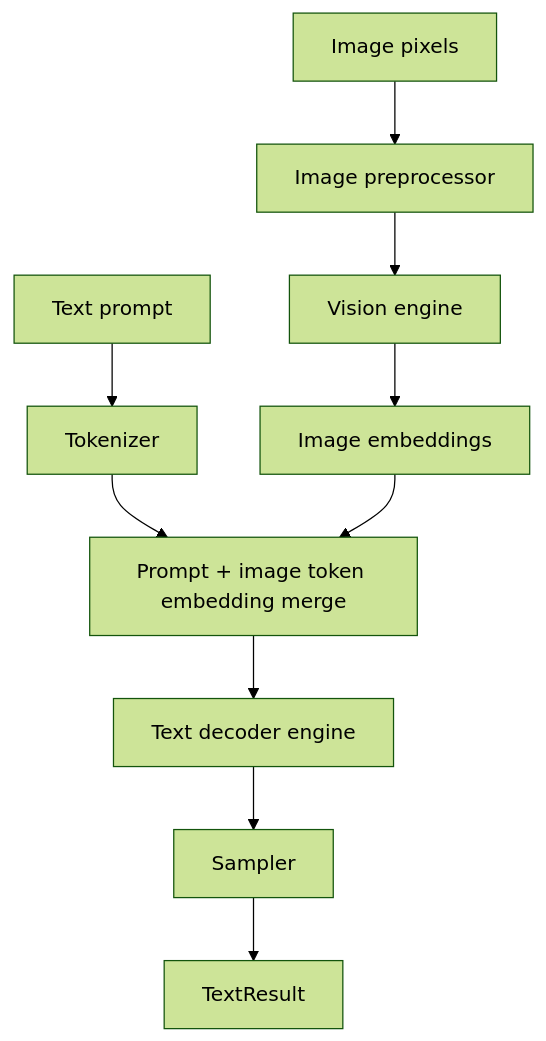
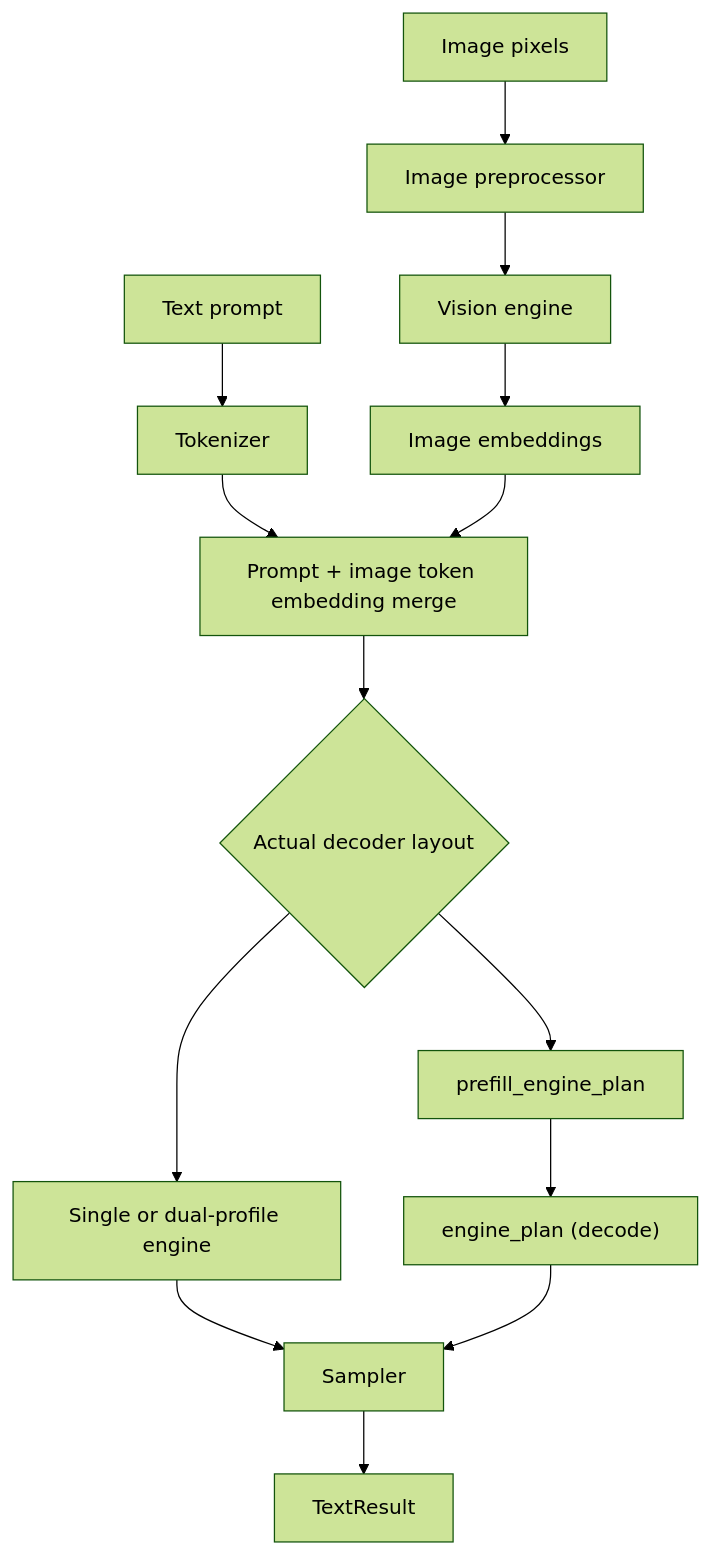
The second of 5 diagrams in website/docs/tutorials/intermediate/multimodal-and-speech.md (NVIDIA/TensorRT-Model-Connect), drawn with Mermaid (forest theme) before and after one commit. The commit also changed other lines of this file and 86 other files, not shown here.

````diff
--- a/website/docs/tutorials/intermediate/multimodal-and-speech.md
+++ b/website/docs/tutorials/intermediate/multimodal-and-speech.md
@@ -54,12 +97,16 @@
 ```mermaid
 flowchart TD
   Prompt["Text prompt"] --> Tok["Tokenizer"]
   Image["Image pixels"] --> Preprocess["Image preprocessor"]
   Preprocess --> Vision["Vision engine"]
   Vision --> Embeds["Image embeddings"]
   Tok --> Merge["Prompt + image token embedding merge"]
   Embeds --> Merge
-  Merge --> Decoder["Text decoder engine"]
-  Decoder --> Sampler["Sampler"]
+  Merge --> Layout{"Actual decoder layout"}
+  Layout --> Single["Single or dual-profile engine"]
+  Layout --> Prefill["prefill_engine_plan"]
+  Prefill --> Decode["engine_plan (decode)"]
+  Single --> Sampler["Sampler"]
+  Decode --> Sampler
   Sampler --> Text["TextResult"]
 ```
````
